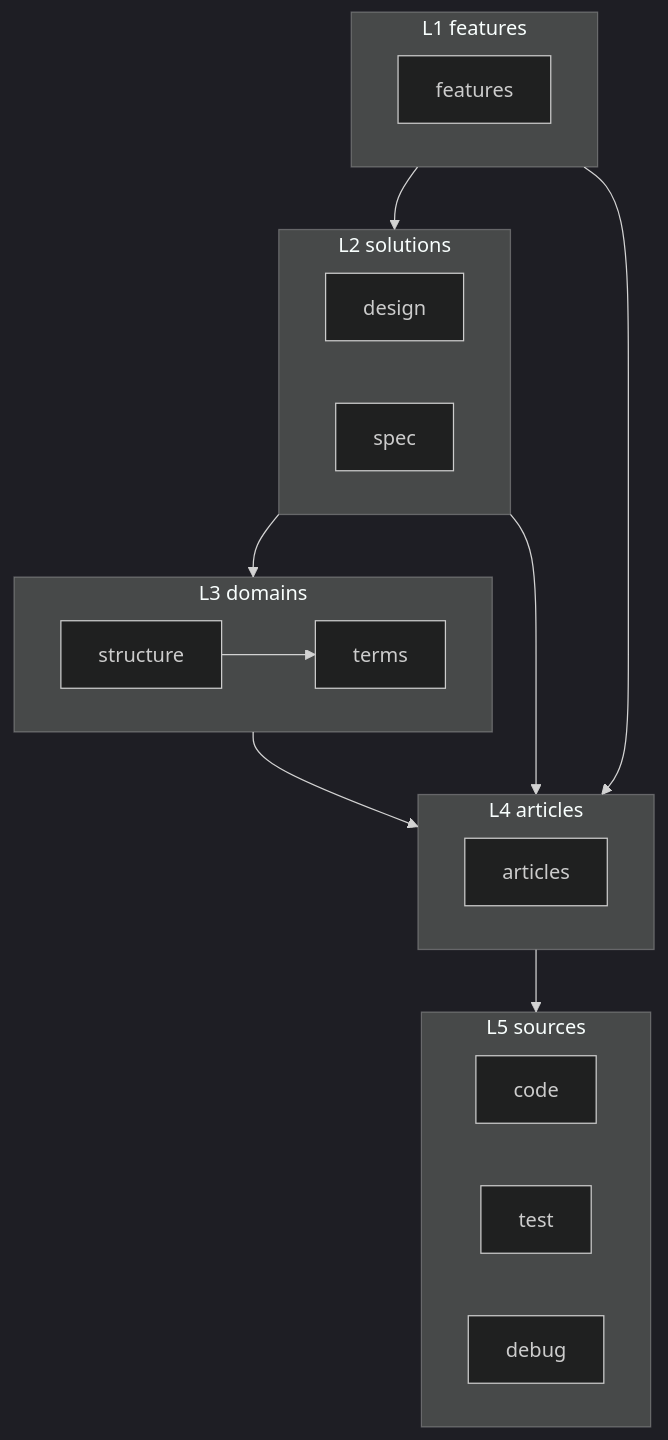
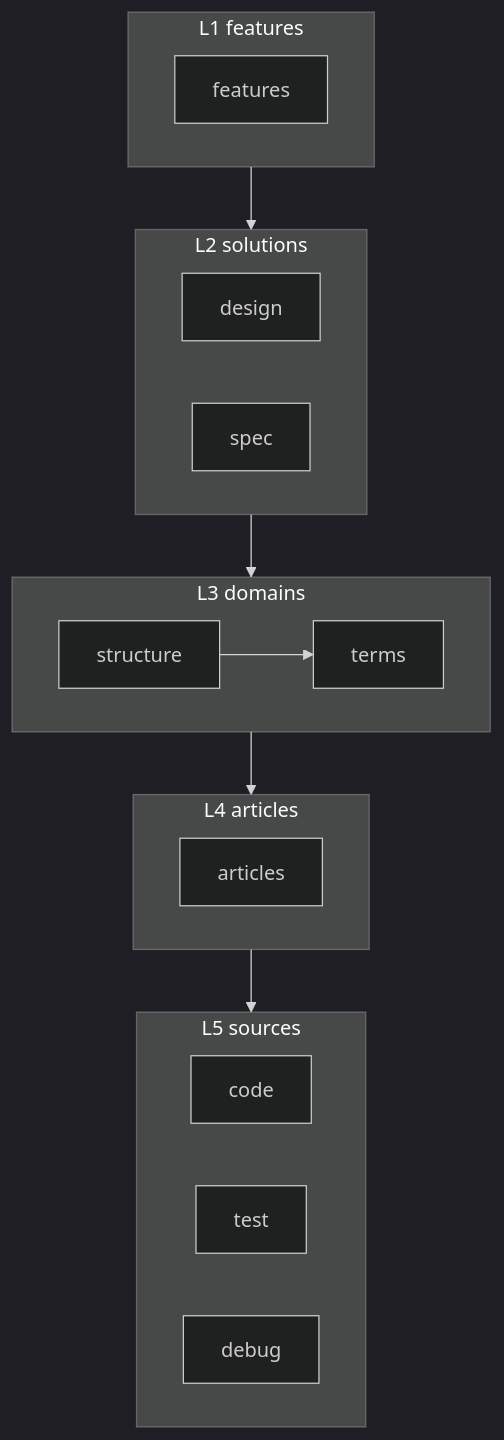
Before and after one commit to gameundwatch/archivist: the first of 2 diagrams in README.md, drawn with Mermaid (dark theme). The commit also changed other lines of this file and 1 other file, not shown here.

Commit message:
fix: 情報の参照図を分解して、可視性を上げる修正

````diff
--- a/README.md
+++ b/README.md
@@ -16,26 +16,24 @@
 ```mermaid
 flowchart TD
     subgraph L1[L1 features]
         feature[features]
     end
     subgraph L2[L2 solutions]
         design
         spec
     end
     subgraph L3[L3 domains]
         terms
         structure
     end
     subgraph L4[L4 articles]
         articles
     end
     subgraph L5[L5 sources]
         code
         test
         debug
     end
     L1 --> L2 --> L3 --> L4 --> L5
-    L1 --> L4
-    L2 --> L4
     structure --> terms
 ```
````
